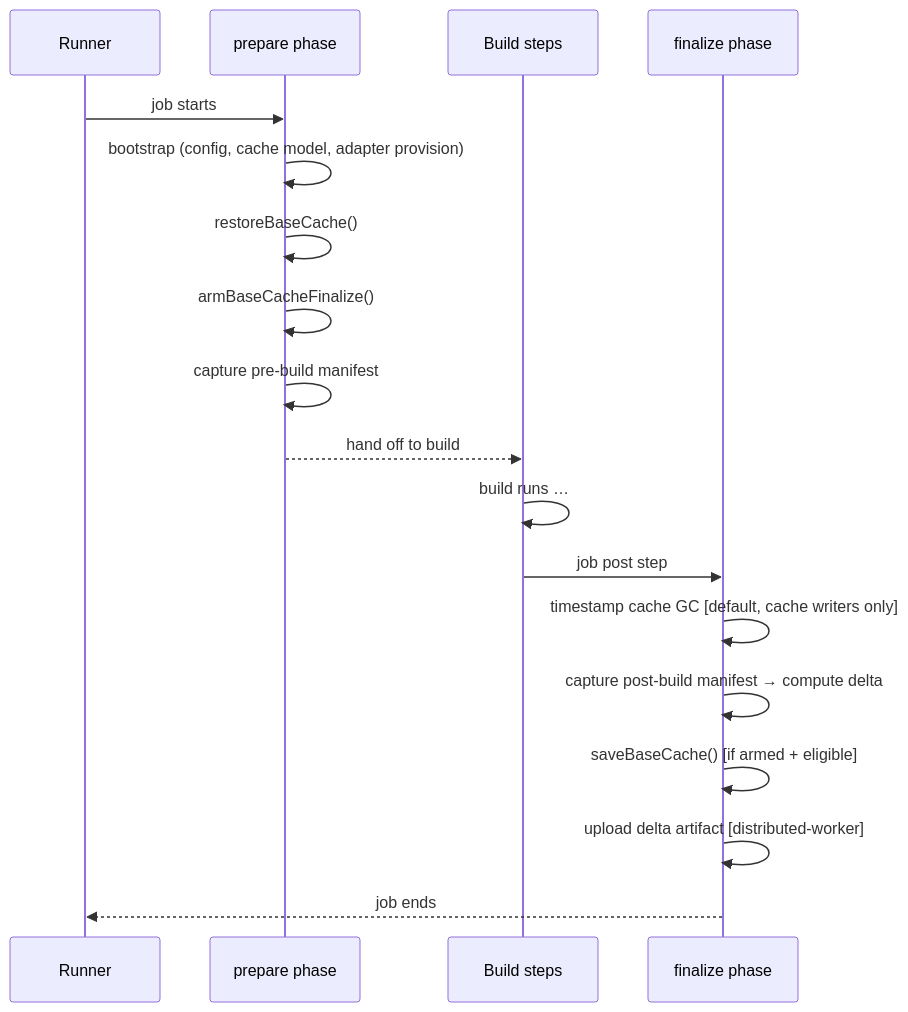
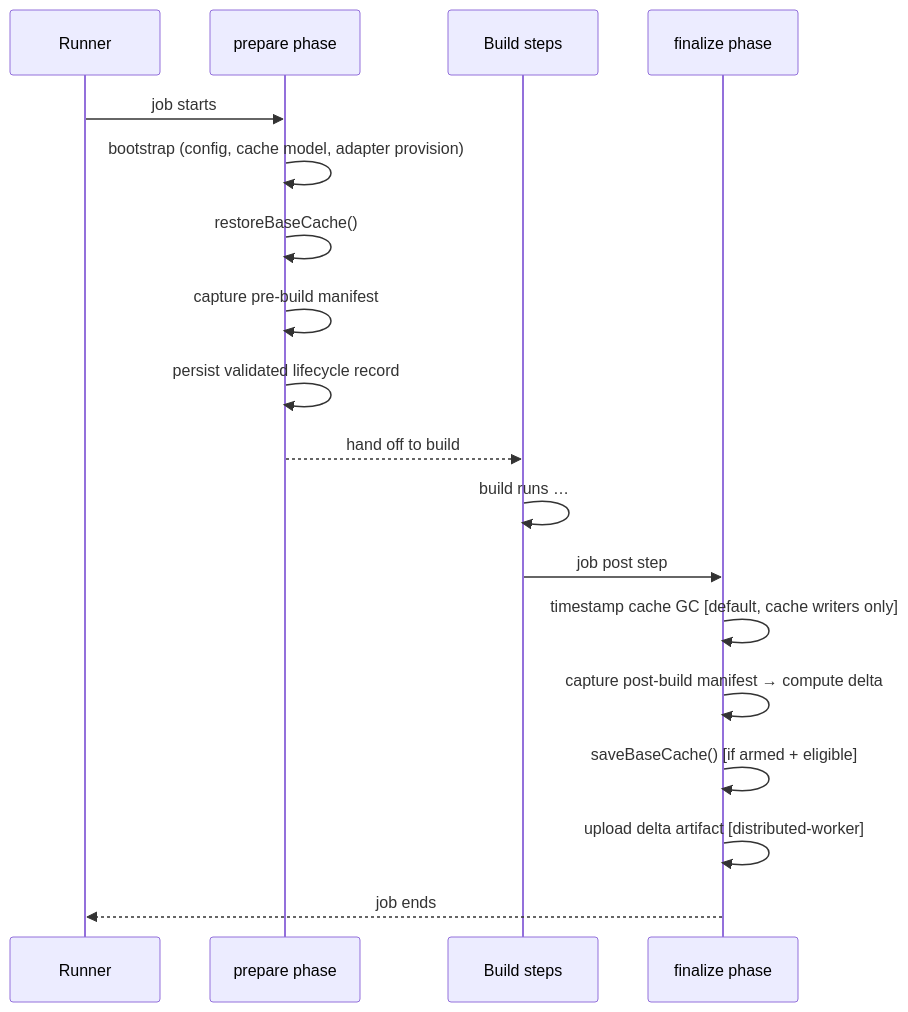
Before and after one commit to buildish-tooling/buildish-mammoth-cache: the first of 3 diagrams in docs/architecture/base-cache.md, drawn with Mermaid. The commit also changed other lines of this file and 24 other files, not shown here.

Commit message:
Implement generation-aware cache lifecycle

````diff
--- a/docs/architecture/base-cache.md
+++ b/docs/architecture/base-cache.md
@@ -31,21 +31,21 @@
 ```mermaid
 sequenceDiagram
     participant R as Runner
     participant P as prepare phase
     participant B as Build steps
     participant F as finalize phase
 
     R->>P: job starts
     P->>P: bootstrap (config, cache model, adapter provision)
     P->>P: restoreBaseCache()
-    P->>P: armBaseCacheFinalize()
     P->>P: capture pre-build manifest
+    P->>P: persist validated lifecycle record
     P-->>B: hand off to build
     B->>B: build runs …
     B->>F: job post step
     F->>F: timestamp cache GC [default, cache writers only]
     F->>F: capture post-build manifest → compute delta
     F->>F: saveBaseCache() [if armed + eligible]
     F->>F: upload delta artifact [distributed-worker]
     F-->>R: job ends
 ```
````
